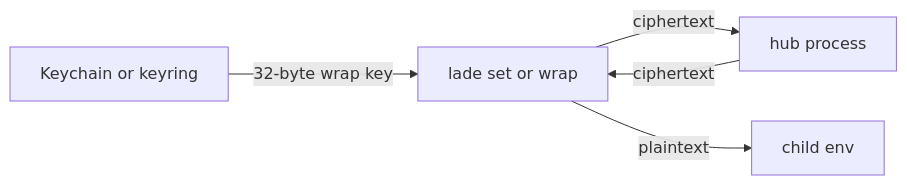
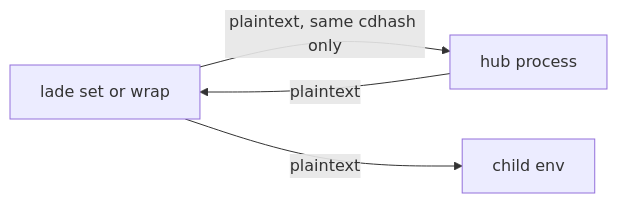
Before and after one commit to zifeo/lade: the diagram in docs/cache.md, drawn with Mermaid. The commit also changed other lines of this file and 110 other files, not shown here.

````diff
--- a/docs/cache.md
+++ b/docs/cache.md
@@ -113,7 +119,6 @@
 ```mermaid
 flowchart LR
-    Lade[lade set or wrap] -->|ciphertext| Hub[hub process]
-    Keychain[Keychain or keyring] -->|32-byte wrap key| Lade
+    Lade[lade set or wrap] -->|plaintext, same cdhash only| Hub[hub process]
+    Hub -->|plaintext| Lade
     Lade -->|plaintext| Child[child env]
-    Hub -->|ciphertext| Lade
 ```
````
